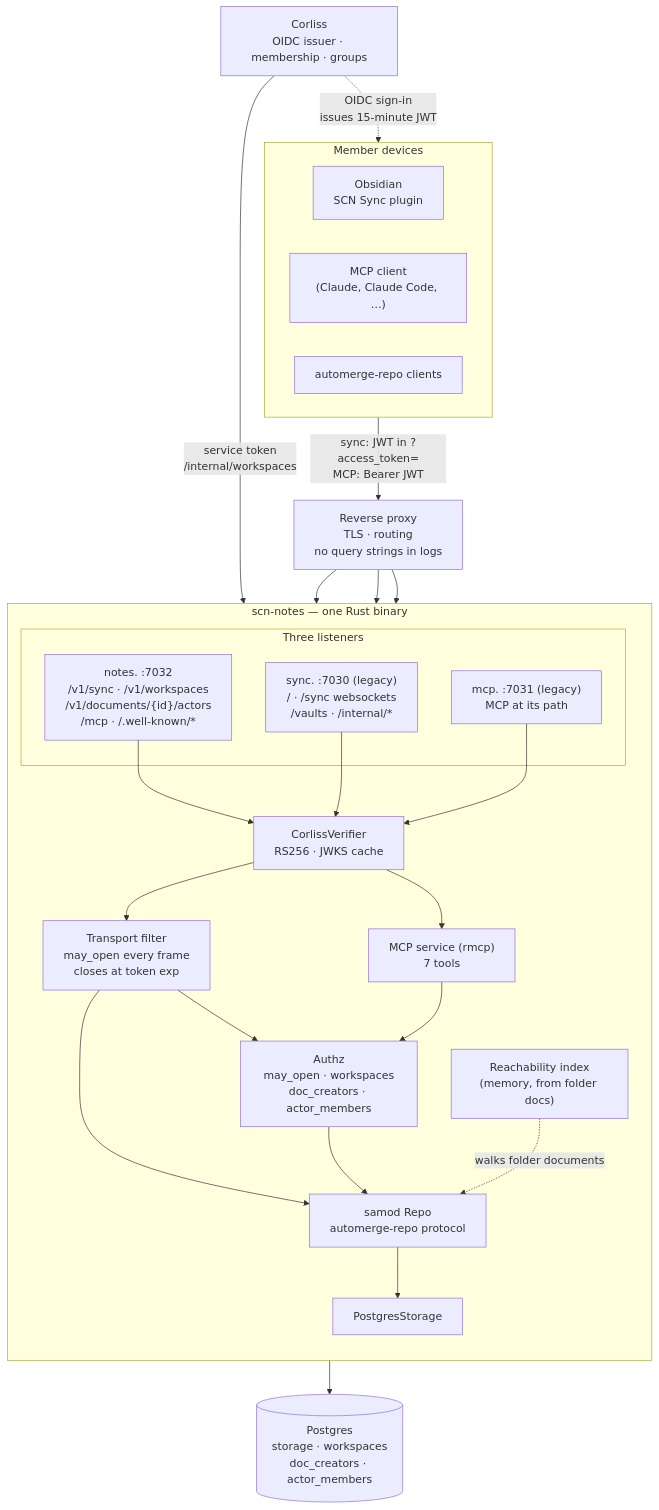
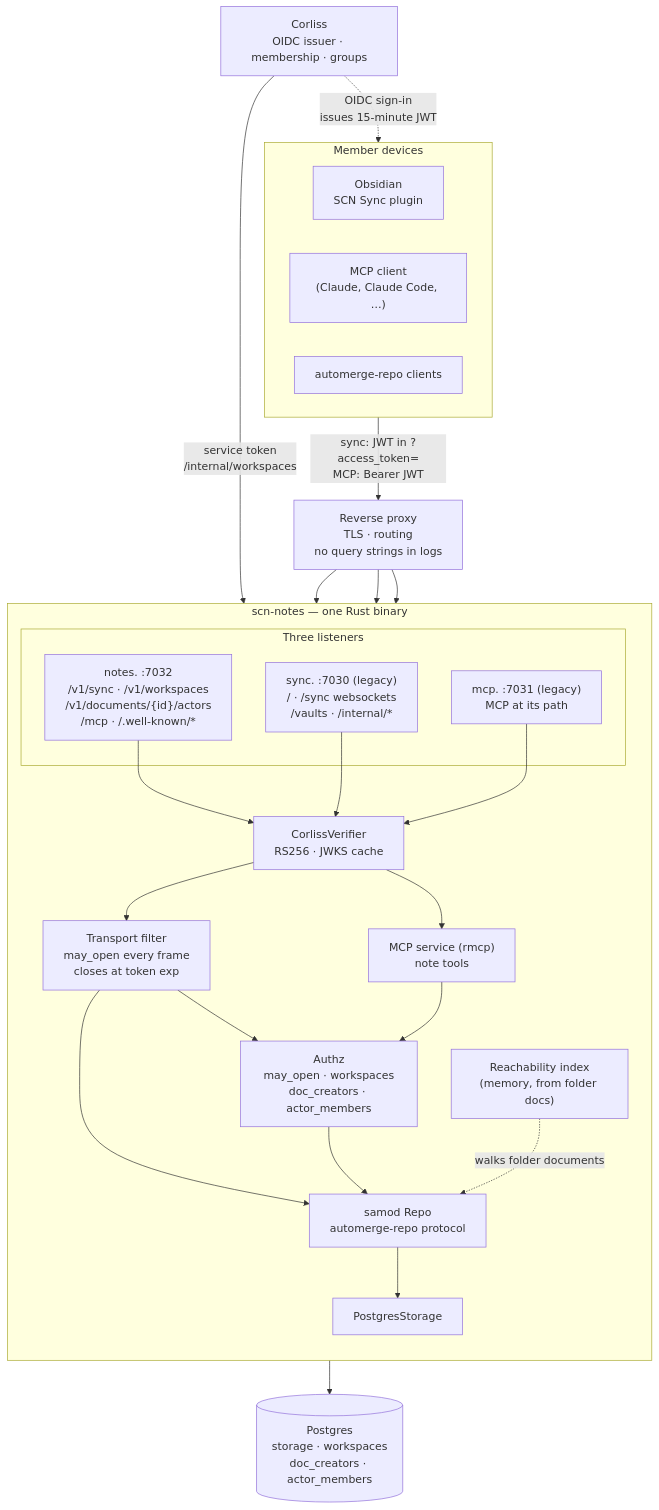
The diagram in README.md (Z-Space-Society/scn-notes), drawn with Mermaid before and after one commit. The commit also changed other lines of this file and 1 other file, not shown here.

````diff
--- a/README.md
+++ b/README.md
@@ -20,50 +20,50 @@
 ```mermaid
 flowchart TB
     subgraph clients["Member devices"]
         obs["Obsidian<br/>SCN Sync plugin"]
         mcpcli["MCP client<br/>(Claude, Claude Code, …)"]
         synccli["automerge-repo clients"]
     end
 
     corliss["Corliss<br/>OIDC issuer · membership · groups"]
     proxy["Reverse proxy<br/>TLS · routing<br/>no query strings in logs"]
 
     subgraph relay["scn-notes — one Rust binary"]
         direction TB
         subgraph listeners["Three listeners"]
             notes_l["notes. :7032<br/>/v1/sync · /v1/workspaces<br/>/v1/documents/{id}/actors<br/>/mcp · /.well-known/*"]
             sync_l["sync. :7030 (legacy)<br/>/ · /sync websockets<br/>/vaults · /internal/*"]
             mcp_l["mcp. :7031 (legacy)<br/>MCP at its path"]
         end
         verifier["CorlissVerifier<br/>RS256 · JWKS cache"]
         filter["Transport filter<br/>may_open every frame<br/>closes at token exp"]
         authz["Authz<br/>may_open · workspaces<br/>doc_creators · actor_members"]
         reach["Reachability index<br/>(memory, from folder docs)"]
-        mcpsvc["MCP service (rmcp)<br/>7 tools"]
+        mcpsvc["MCP service (rmcp)<br/>note tools"]
         repo["samod Repo<br/>automerge-repo protocol"]
         store["PostgresStorage"]
     end
 
     db[("Postgres<br/>storage · workspaces<br/>doc_creators · actor_members")]
 
     clients -- "sync: JWT in ?access_token=<br/>MCP: Bearer JWT" --> proxy
     corliss -. "OIDC sign-in<br/>issues 15-minute JWT" .-> clients
     corliss -- "service token<br/>/internal/workspaces" --> sync_l
 
     proxy --> notes_l
     proxy --> sync_l
     proxy --> mcp_l
 
     notes_l --> verifier
     sync_l --> verifier
     mcp_l --> verifier
     verifier --> filter
     verifier --> mcpsvc
     filter --> authz
     filter --> repo
     mcpsvc --> authz
     authz --> repo
     reach -. "walks folder documents" .-> repo
     repo --> store
     store --> db
 ```
````
